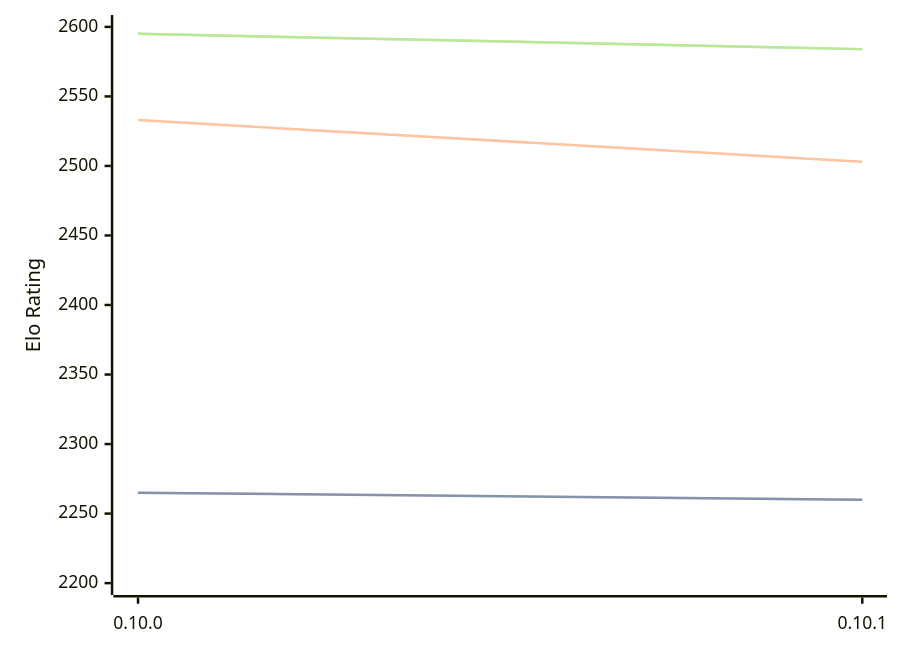
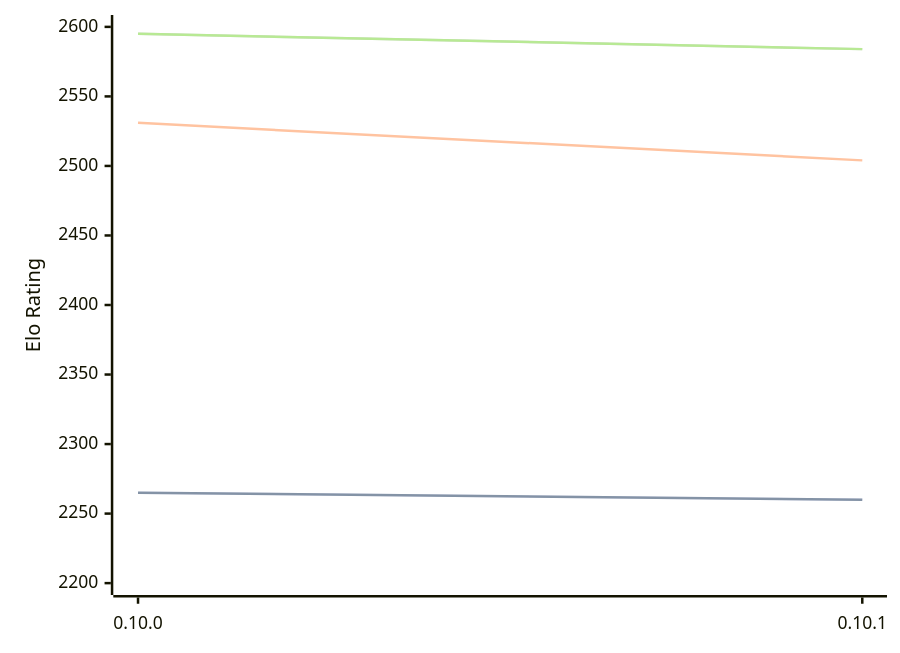
The third of 3 diagrams in engines/Fatalii.md (computer-chess-index/cci), drawn with Mermaid before and after one commit. The commit also changed other lines of this file, not shown here.

````diff
--- a/engines/Fatalii.md
+++ b/engines/Fatalii.md
@@ -79,11 +79,11 @@
 ```mermaid
 %%{init: {"theme":"base","themeVariables":{"seriesColors:['#a3a3a3','#222221','#faa371']}}}%%
 xychart-beta
   x-axis ["0.10.0", "0.10.1"]
   y-axis "Elo Rating" 2200 --> 2600
   line "STC (8.0+0.08s)" [2265, 2260]
   line "STC (8.0+0.08s)" [2265, 2260]
-  line "LTC (60.0+0.60s)" [2533, 2503]
+  line "LTC (60.0+0.60s)" [2531, 2504]
   line "VLTC (2m24s+1.12s)" [2595, 2584]
   line "VLTC (2m24s+1.12s)" [2595, 2584]
 ```
````
